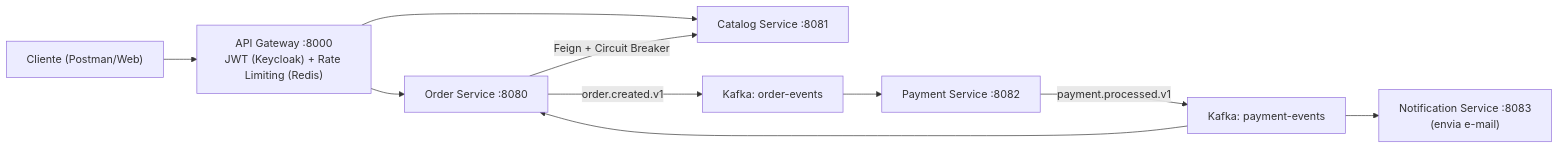
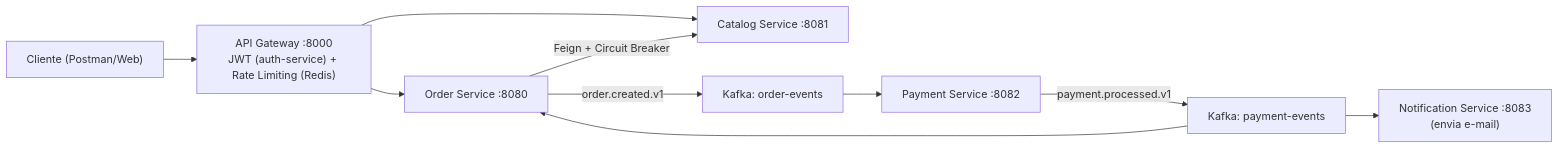
The diagram in README.md (Adriano-silva131/order-hub), drawn with Mermaid before and after one commit. The commit also changed other lines of this file and 75 other files, not shown here.

````diff
--- a/README.md
+++ b/README.md
@@ -18,12 +18,12 @@
 ```mermaid
 flowchart LR
-    Client["Cliente (Postman/Web)"] --> Gateway["API Gateway :8000\nJWT (Keycloak) + Rate Limiting (Redis)"]
+    Client["Cliente (Postman/Web)"] --> Gateway["API Gateway :8000\nJWT (auth-service) + Rate Limiting (Redis)"]
     Gateway --> Order["Order Service :8080"]
     Gateway --> Catalog["Catalog Service :8081"]
     Order -- "Feign + Circuit Breaker" --> Catalog
     Order -- "order.created.v1" --> K1["Kafka: order-events"]
     K1 --> Payment["Payment Service :8082"]
     Payment -- "payment.processed.v1" --> K2["Kafka: payment-events"]
     K2 --> Order
     K2 --> Notification["Notification Service :8083\n(envia e-mail)"]
 ```
````
